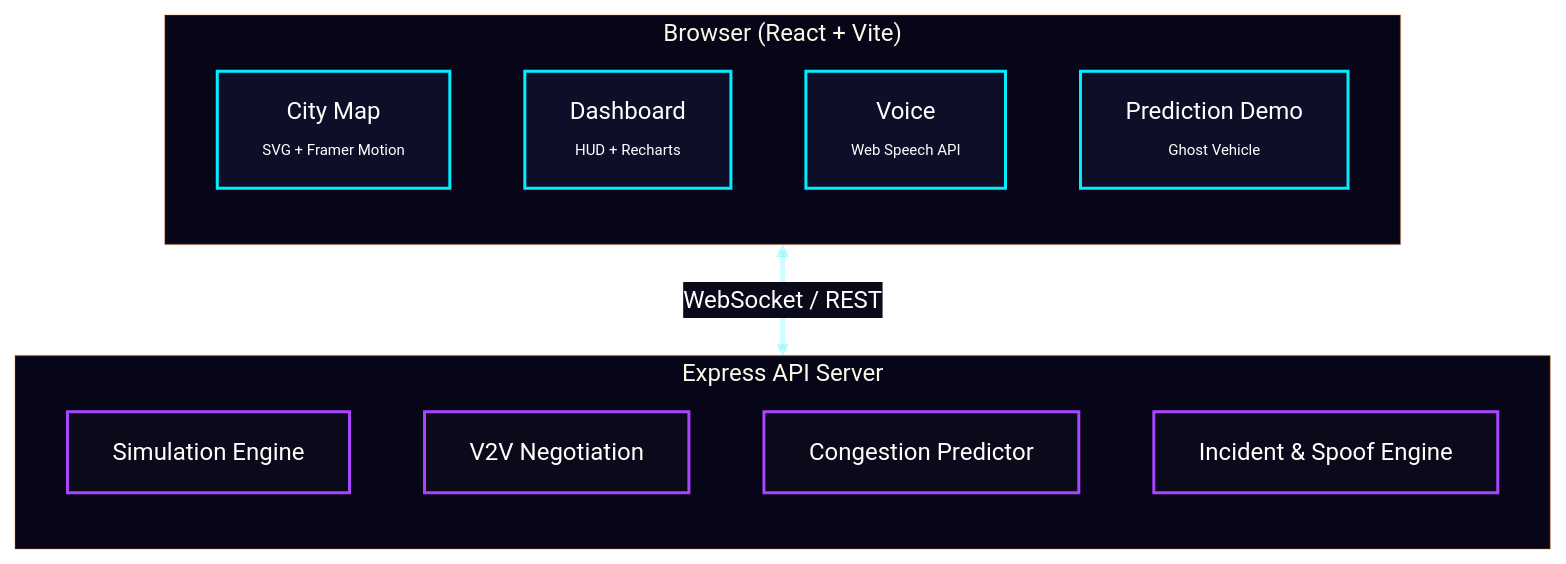
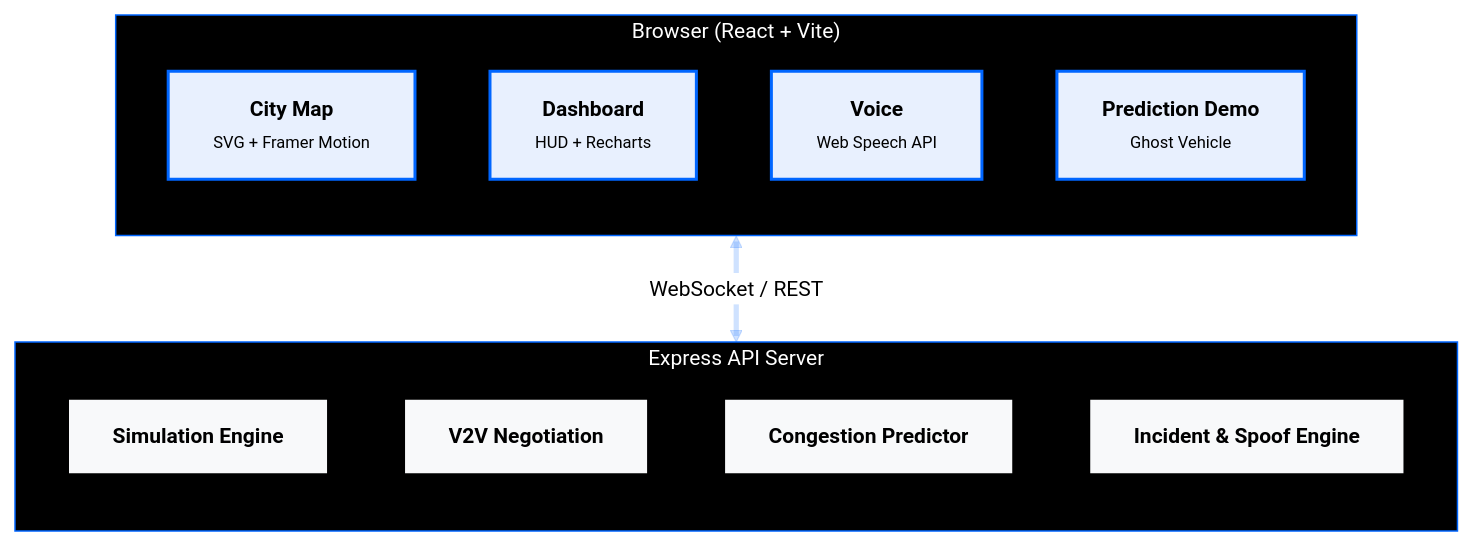
The diagram in README.md (jacksonvincent012-web/ai-vehicle-ecosystem), drawn with Mermaid before and after one commit. The commit also changed other lines of this file, not shown here.

````diff
--- a/README.md
+++ b/README.md
@@ -37,34 +36,36 @@
 ```mermaid
 %%{init: {'theme': 'base', 'themeVariables': {
-  'lineColor': '#00eeff30',
-  'primaryColor': '#0e0e28',
-  'primaryTextColor': '#ffffff',
-  'primaryBorderColor': '#00eeff40',
-  'secondaryColor': '#0a0a1a',
-  'secondaryBorderColor': '#aa44ff40',
-  'tertiaryColor': '#060618',
-  'tertiaryBorderColor': '#ff660040'
+  'background': '#ffffff',
+  'lineColor': '#0066ff30',
+  'primaryColor': '#f0f4ff',
+  'primaryTextColor': '#000000',
+  'primaryBorderColor': '#0066ff',
+  'secondaryColor': '#ffffff',
+  'secondaryBorderColor': '#0066ff60',
+  'tertiaryColor': '#000000',
+  'tertiaryBorderColor': '#0066ff',
+  'fontSize': '14px'
 }}}%%
 
 flowchart TB
     subgraph BROWSER["Browser (React + Vite)"]
         direction TB
-        CM["City Map<br/><span style='font-size:10px'>SVG + Framer Motion</span>"]:::browser
-        DB["Dashboard<br/><span style='font-size:10px'>HUD + Recharts</span>"]:::browser
-        VN["Voice<br/><span style='font-size:10px'>Web Speech API</span>"]:::browser
-        PD["Prediction Demo<br/><span style='font-size:10px'>Ghost Vehicle</span>"]:::browser
+        CM["<b>City Map</b><br/><span style='font-size:11px;color:#555'>SVG + Framer Motion</span>"]:::browser
+        DB["<b>Dashboard</b><br/><span style='font-size:11px;color:#555'>HUD + Recharts</span>"]:::browser
+        VN["<b>Voice</b><br/><span style='font-size:11px;color:#555'>Web Speech API</span>"]:::browser
+        PD["<b>Prediction Demo</b><br/><span style='font-size:11px;color:#555'>Ghost Vehicle</span>"]:::browser
     end
 
     subgraph API["Express API Server"]
         direction TB
-        SE["Simulation Engine"]:::api
-        VN2["V2V Negotiation"]:::api
-        CP["Congestion Predictor"]:::api
-        IS["Incident &amp; Spoof Engine"]:::api
+        SE["<b>Simulation Engine</b>"]:::api
+        VN2["<b>V2V Negotiation</b>"]:::api
+        CP["<b>Congestion Predictor</b>"]:::api
+        IS["<b>Incident &amp; Spoof Engine</b>"]:::api
     end
 
     BROWSER <==>|"WebSocket / REST"| API
 
-    classDef browser fill:#0e0e28,stroke:#00eeff,stroke-width:2px,color:#ffffff
-    classDef api fill:#0a0a1a,stroke:#aa44ff,stroke-width:2px,color:#ffffff
+    classDef browser fill:#e8f0fe,stroke:#0066ff,stroke-width:2px,color:#000000
+    classDef api fill:#f8f9fa,stroke:#000000,stroke-width:2px,color:#000000
 ```
````
